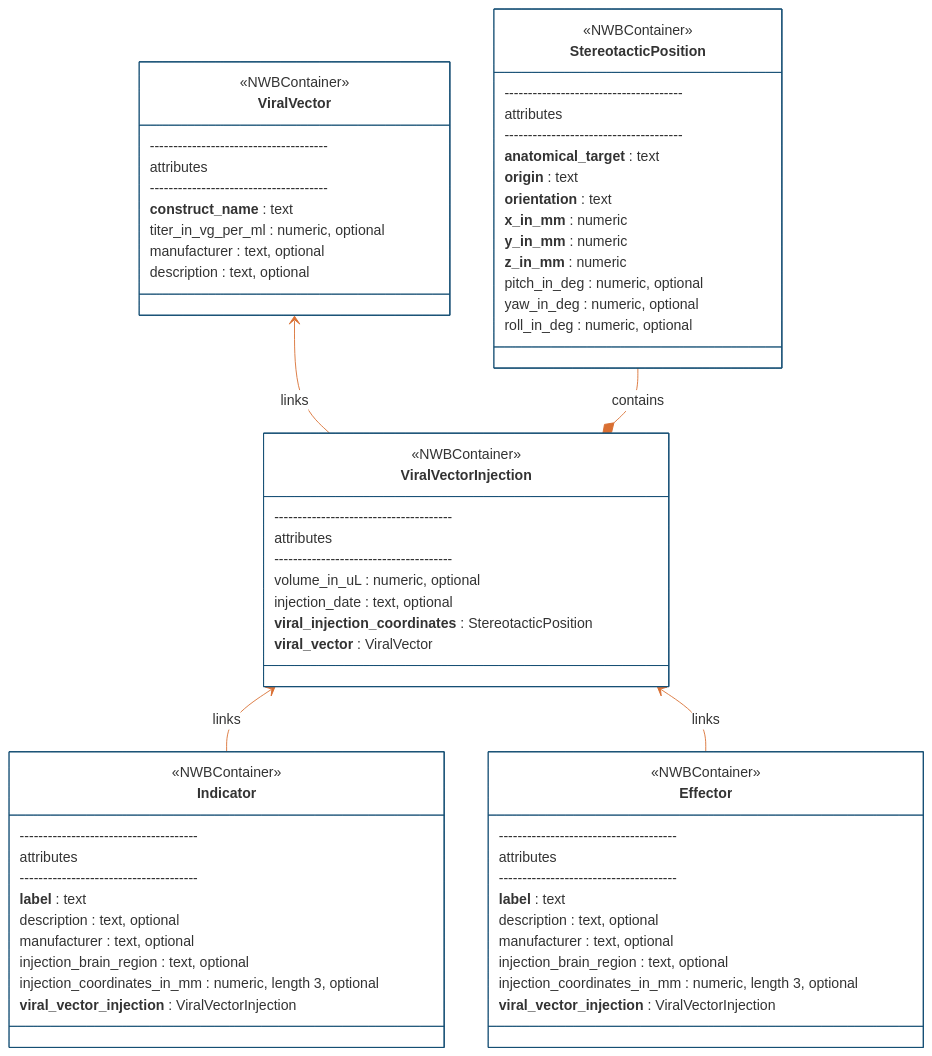
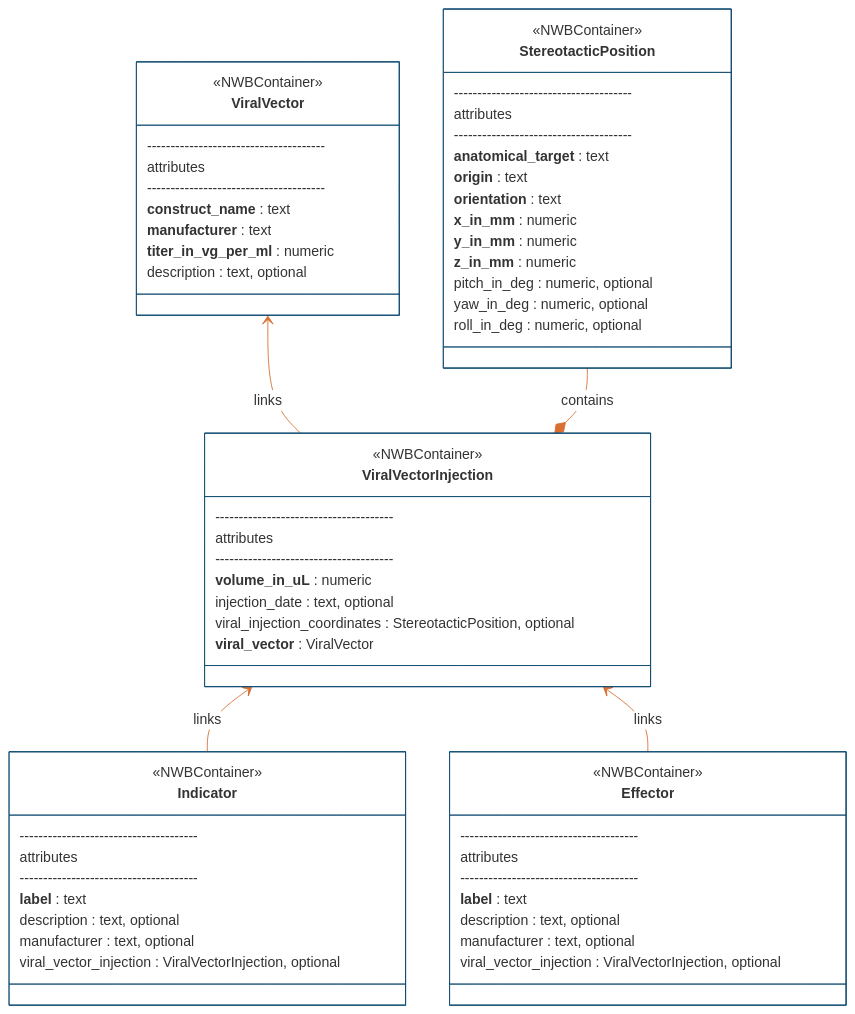
Before and after one commit to catalystneuro/ndx-ophys-devices: the first of 4 diagrams in README.md, drawn with Mermaid. The commit also changed other lines of this file and 3 other files, not shown here.

````diff
--- a/README.md
+++ b/README.md
@@ -330,69 +330,65 @@
 ```mermaid
 %%{init: {'theme': 'base', 'themeVariables': {'primaryColor': '#ffffff', 'primaryBorderColor': '#144E73', 'lineColor': '#D96F32'}}}%%
 classDiagram
     direction BT
     class ViralVector {
         <<NWBContainer>>
         --------------------------------------
         attributes
         --------------------------------------
         **construct_name** : text
-        titer_in_vg_per_ml : numeric, optional
-        manufacturer : text, optional
+        **manufacturer** : text
+        **titer_in_vg_per_ml** : numeric
         description : text, optional
     }
     class StereotacticPosition {
         <<NWBContainer>>
         --------------------------------------
         attributes
         --------------------------------------
         **anatomical_target** : text
         **origin** : text
         **orientation** : text
         **x_in_mm** : numeric
         **y_in_mm** : numeric
         **z_in_mm** : numeric
         pitch_in_deg : numeric, optional
         yaw_in_deg : numeric, optional
         roll_in_deg : numeric, optional
     }
     class ViralVectorInjection {
         <<NWBContainer>>
         --------------------------------------
         attributes
         --------------------------------------
-        volume_in_uL : numeric, optional
+        **volume_in_uL** : numeric
         injection_date : text, optional
-        **viral_injection_coordinates** : StereotacticPosition
+        viral_injection_coordinates : StereotacticPosition, optional
         **viral_vector** : ViralVector
         }
     class Indicator {
         <<NWBContainer>>
         --------------------------------------
         attributes
         --------------------------------------
         **label** : text
         description : text, optional
         manufacturer : text, optional
-        injection_brain_region : text, optional
-        injection_coordinates_in_mm : numeric, length 3, optional
-        **viral_vector_injection** : ViralVectorInjection
+        viral_vector_injection : ViralVectorInjection, optional
     }
     class Effector {
         <<NWBContainer>>
         --------------------------------------
         attributes
         --------------------------------------
         **label** : text
         description : text, optional
         manufacturer : text, optional
-        injection_brain_region : text, optional
-        injection_coordinates_in_mm : numeric, length 3, optional
-        **viral_vector_injection** : ViralVectorInjection
+        viral_vector_injection : ViralVectorInjection, optional
     }
     Indicator --> ViralVectorInjection : links
     Effector --> ViralVectorInjection : links
     ViralVectorInjection --> ViralVector : links
     ViralVectorInjection *-- StereotacticPosition : contains
 
 ```
````
